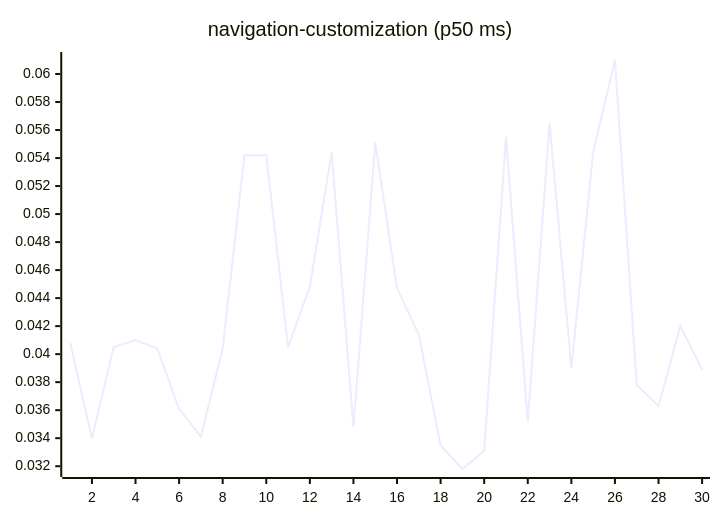
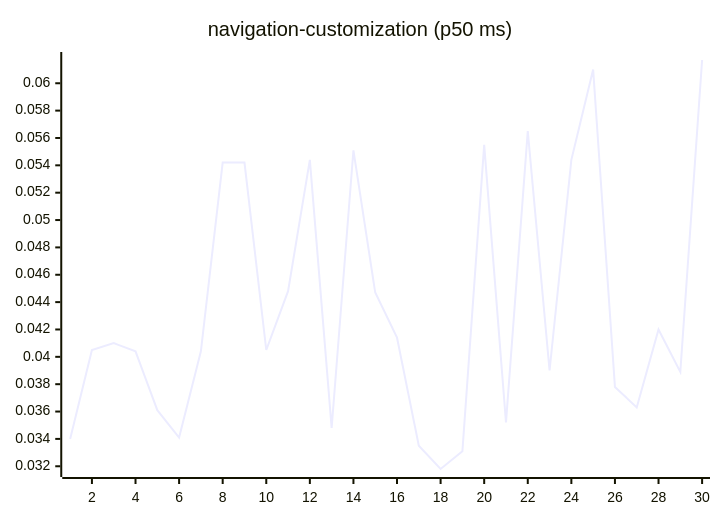
Diagram 15 of 27 in README.md (josha/Facet), drawn with Mermaid before and after one commit. The commit also changed other lines of this file and 2 other files, not shown here.

````diff
--- a/README.md
+++ b/README.md
@@ -161,6 +161,6 @@
 ```mermaid
 xychart-beta
     title "navigation-customization (p50 ms)"
     x-axis 1 --> 30
-    line [0.0408, 0.0340, 0.0405, 0.0410, 0.0404, 0.0361, 0.0341, 0.0404, 0.0542, 0.0542, 0.0405, 0.0448, 0.0544, 0.0348, 0.0551, 0.0447, 0.0414, 0.0335, 0.0318, 0.0331, 0.0555, 0.0352, 0.0565, 0.0390, 0.0544, 0.0610, 0.0378, 0.0363, 0.0420, 0.0389]
+    line [0.0340, 0.0405, 0.0410, 0.0404, 0.0361, 0.0341, 0.0404, 0.0542, 0.0542, 0.0405, 0.0448, 0.0544, 0.0348, 0.0551, 0.0447, 0.0414, 0.0335, 0.0318, 0.0331, 0.0555, 0.0352, 0.0565, 0.0390, 0.0544, 0.0610, 0.0378, 0.0363, 0.0420, 0.0389, 0.0617]
 ```
````
